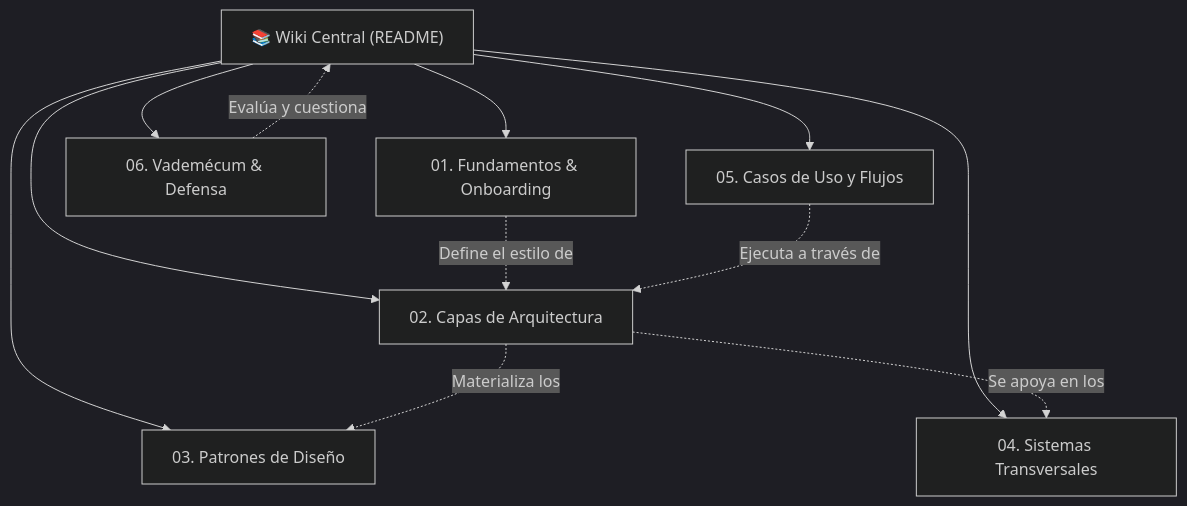
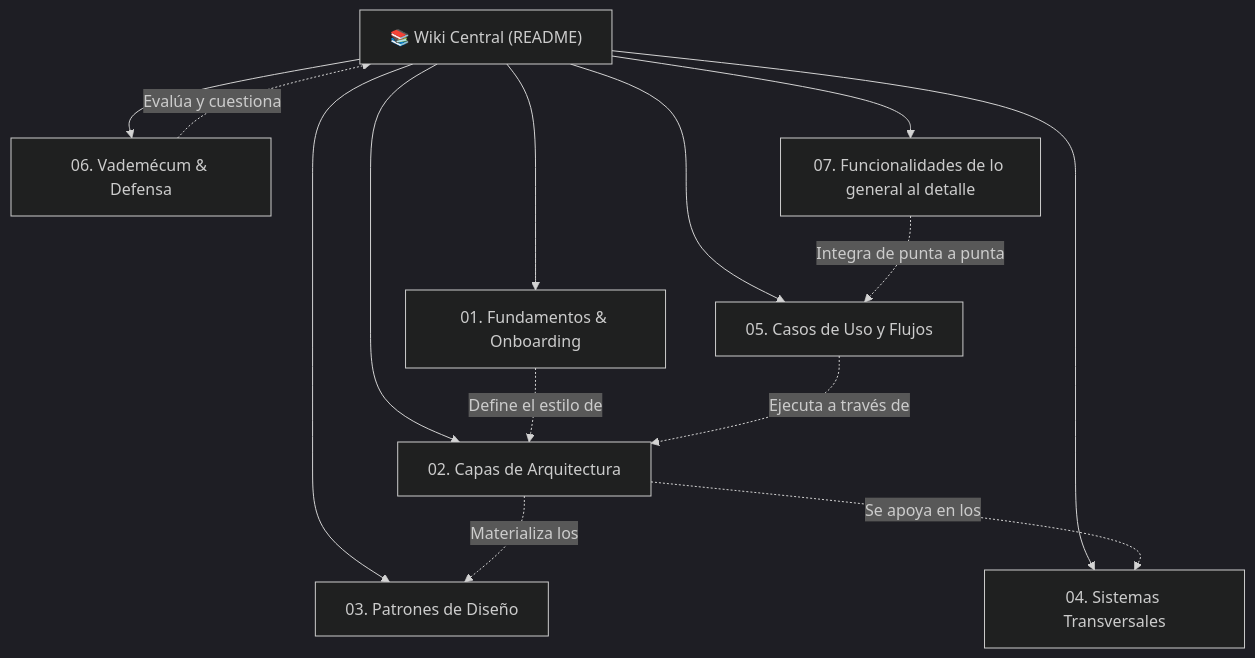
Before and after one commit to lucaskruzolek/retail: the diagram in wiki/README.md, drawn with Mermaid (dark theme). The commit also changed other lines of this file and 3 other files, not shown here.

First line of the commit message:
docs(wiki): importador de catálogos como recorrido HTML de lo general al detalle

````diff
--- a/wiki/README.md
+++ b/wiki/README.md
@@ -45,24 +45,27 @@
 ```mermaid
 graph TD
     HOME["📚 Wiki Central (README)"]
     
     FUND["01. Fundamentos & Onboarding"]
     CAPAS["02. Capas de Arquitectura"]
     PATRONES["03. Patrones de Diseño"]
     SISTEMAS["04. Sistemas Transversales"]
     CASOS["05. Casos de Uso y Flujos"]
     DEFENSA["06. Vademécum & Defensa"]
+    RECORRIDOS["07. Funcionalidades de lo general al detalle"]
 
     HOME --> FUND
     HOME --> CAPAS
     HOME --> PATRONES
     HOME --> SISTEMAS
     HOME --> CASOS
     HOME --> DEFENSA
+    HOME --> RECORRIDOS
 
     FUND -.->|Define el estilo de| CAPAS
     CAPAS -.->|Materializa los| PATRONES
     CAPAS -.->|Se apoya en los| SISTEMAS
     CASOS -.->|Ejecuta a través de| CAPAS
     DEFENSA -.->|Evalúa y cuestiona| HOME
+    RECORRIDOS -.->|Integra de punta a punta| CASOS
 ```
````
